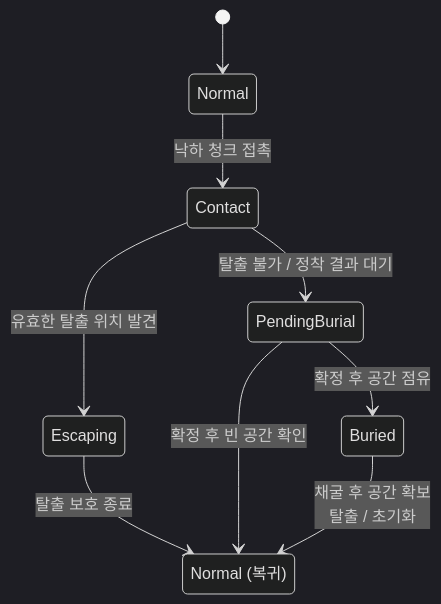
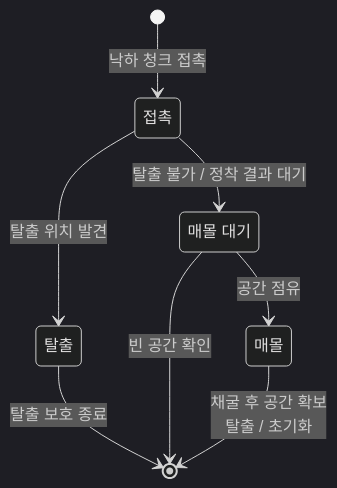
Before and after one commit to keeeery/portfolio: the eighth of 10 diagrams in src/3-Folk-Sack/TechDoc_FolkSack.md, drawn with Mermaid (dark theme). The commit also changed other lines of this file and 13 other files, not shown here.

Commit message:
기술 문서: 다이어그램 다듬기와 부가 설명 문구 통일, Arcanist 구조도를 전투·카드 개요로, ODDITY 보스 장 정리와 염동력 시연 GIF, 코드 발췌 머리 주석 통일, 데이터 다시 빌드

````diff
--- a/src/3-Folk-Sack/TechDoc_FolkSack.md
+++ b/src/3-Folk-Sack/TechDoc_FolkSack.md
@@ -546,13 +603,18 @@
 ```mermaid
 stateDiagram-v2
     direction TB
-    state "Normal (복귀)" as NormalReturn
-    [*] --> Normal
-    Normal --> Contact: 낙하 청크 접촉
-    Contact --> Escaping: 유효한 탈출 위치 발견
+    state "접촉" as Contact
+    state "탈출" as Escaping
+    state "매몰 대기" as PendingBurial
+    state "매몰" as Buried
+    [*] --> Contact: 낙하 청크 접촉
+    Contact --> Escaping: 탈출 위치 발견
     Contact --> PendingBurial: 탈출 불가 / 정착 결과 대기
-    Escaping --> NormalReturn: 탈출 보호 종료
-    PendingBurial --> NormalReturn: 확정 후 빈 공간 확인
-    PendingBurial --> Buried: 확정 후 공간 점유
-    Buried --> NormalReturn: 채굴 후 공간 확보<br/>탈출 / 초기화
+    Escaping --> [*]: 탈출 보호 종료
+    PendingBurial --> [*]: 빈 공간 확인
+    PendingBurial --> Buried: 공간 점유
+    Buried --> [*]: 채굴 후 공간 확보<br/>탈출 / 초기화
+%% 격자: - root_start | Escaping Contact | - PendingBurial | - Buried | - root_end
+%% 화살표 Escaping -> root_end: 나감=아래 들어감=왼쪽
+%% 화살표 PendingBurial -> root_end: 나감=오른쪽 들어감=오른쪽 거리=56
 ```
````
